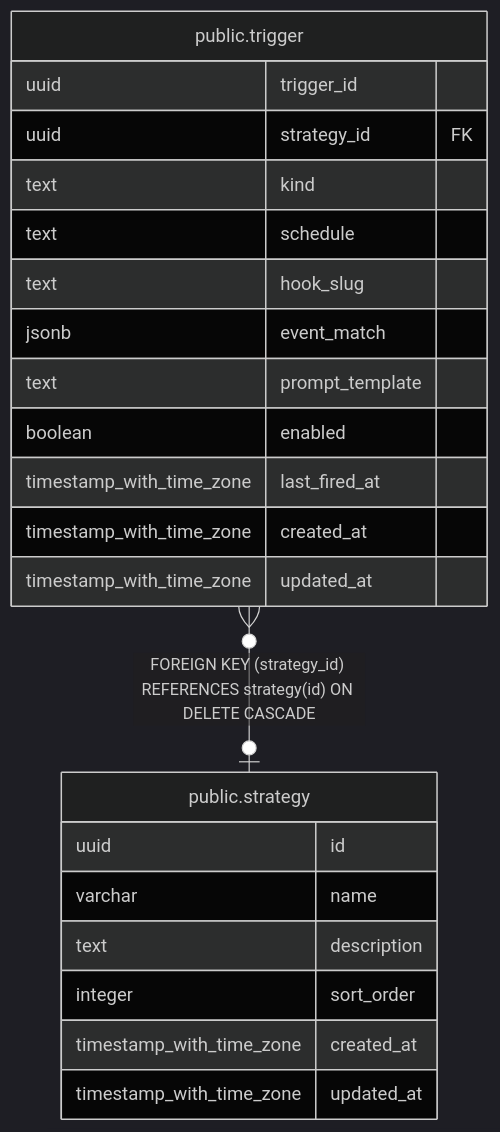
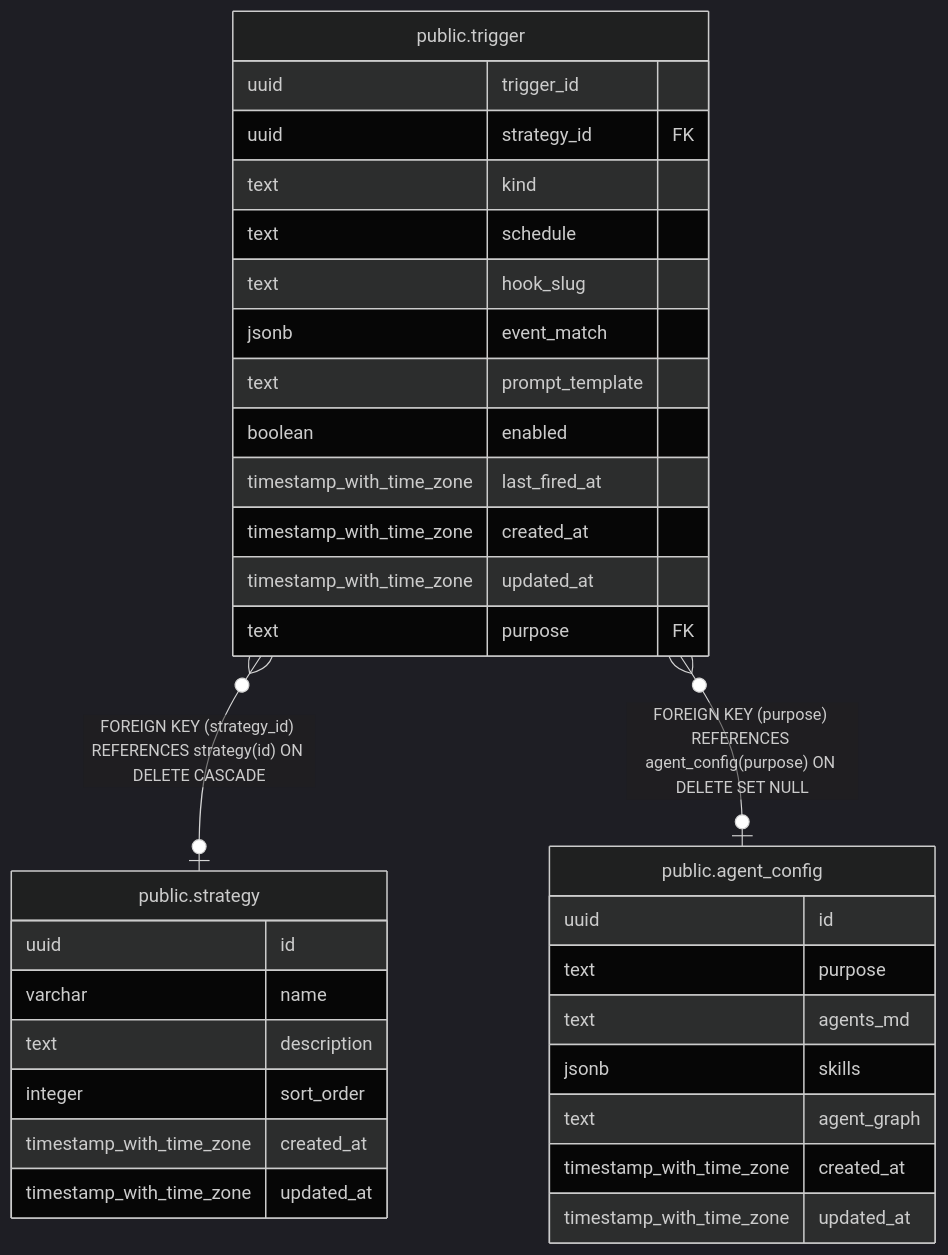
One commit to fohte/t-rader changed the diagram in backend/docs/db/public.trigger.md. Above: the diagram before and after it, drawn with Mermaid (dark theme). The commit also changed other lines of this file and 3 other files, not shown here.

First line of the commit message:
docs(db): 最新 migration を schema docs に反映する

````diff
--- a/backend/docs/db/public.trigger.md
+++ b/backend/docs/db/public.trigger.md
@@ -38,27 +40,38 @@
 ```mermaid
 erDiagram
 
 "public.trigger" }o--o| "public.strategy" : "FOREIGN KEY (strategy_id) REFERENCES strategy(id) ON DELETE CASCADE"
+"public.trigger" }o--o| "public.agent_config" : "FOREIGN KEY (purpose) REFERENCES agent_config(purpose) ON DELETE SET NULL"
 
 "public.trigger" {
   uuid trigger_id
   uuid strategy_id FK
   text kind
   text schedule
   text hook_slug
   jsonb event_match
   text prompt_template
   boolean enabled
   timestamp_with_time_zone last_fired_at
   timestamp_with_time_zone created_at
   timestamp_with_time_zone updated_at
+  text purpose FK
 }
 "public.strategy" {
   uuid id
   varchar name
   text description
   integer sort_order
   timestamp_with_time_zone created_at
   timestamp_with_time_zone updated_at
 }
+"public.agent_config" {
+  uuid id
+  text purpose
+  text agents_md
+  jsonb skills
+  text agent_graph
+  timestamp_with_time_zone created_at
+  timestamp_with_time_zone updated_at
+}
 ```
````
